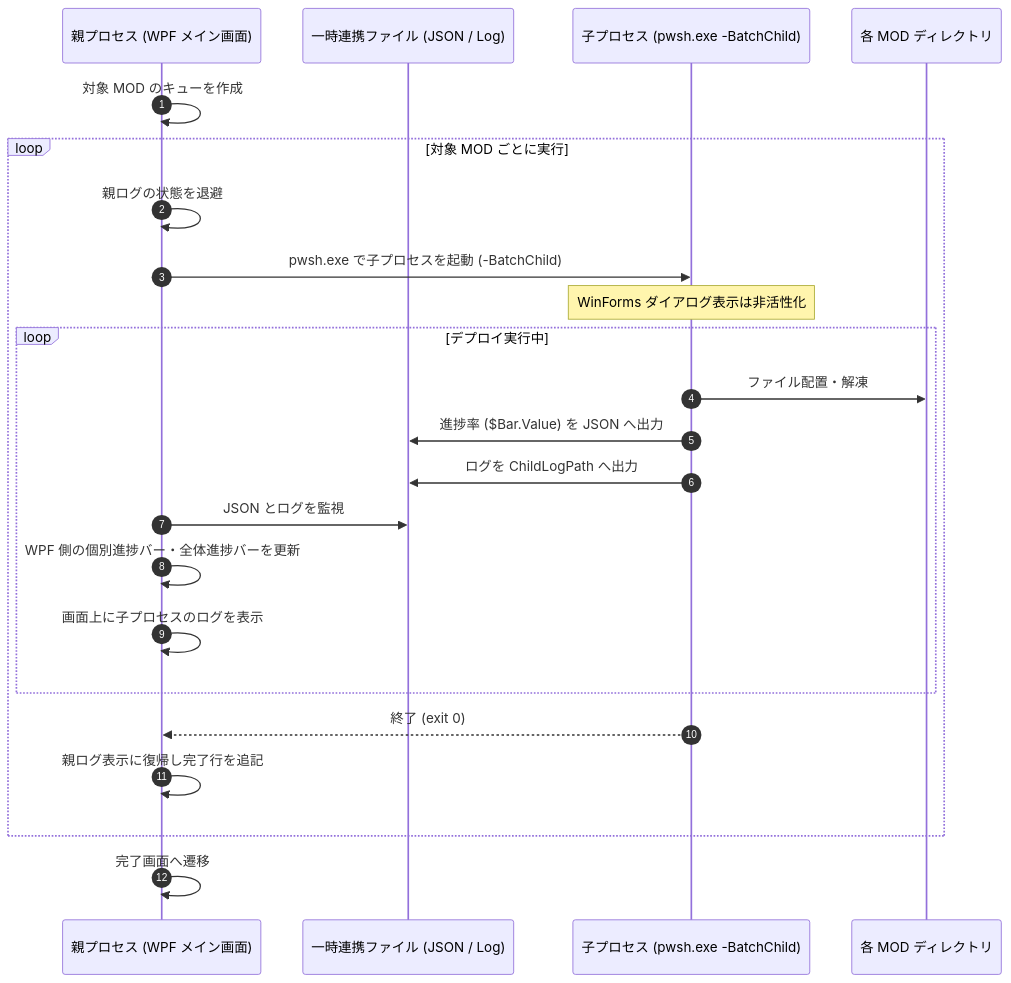
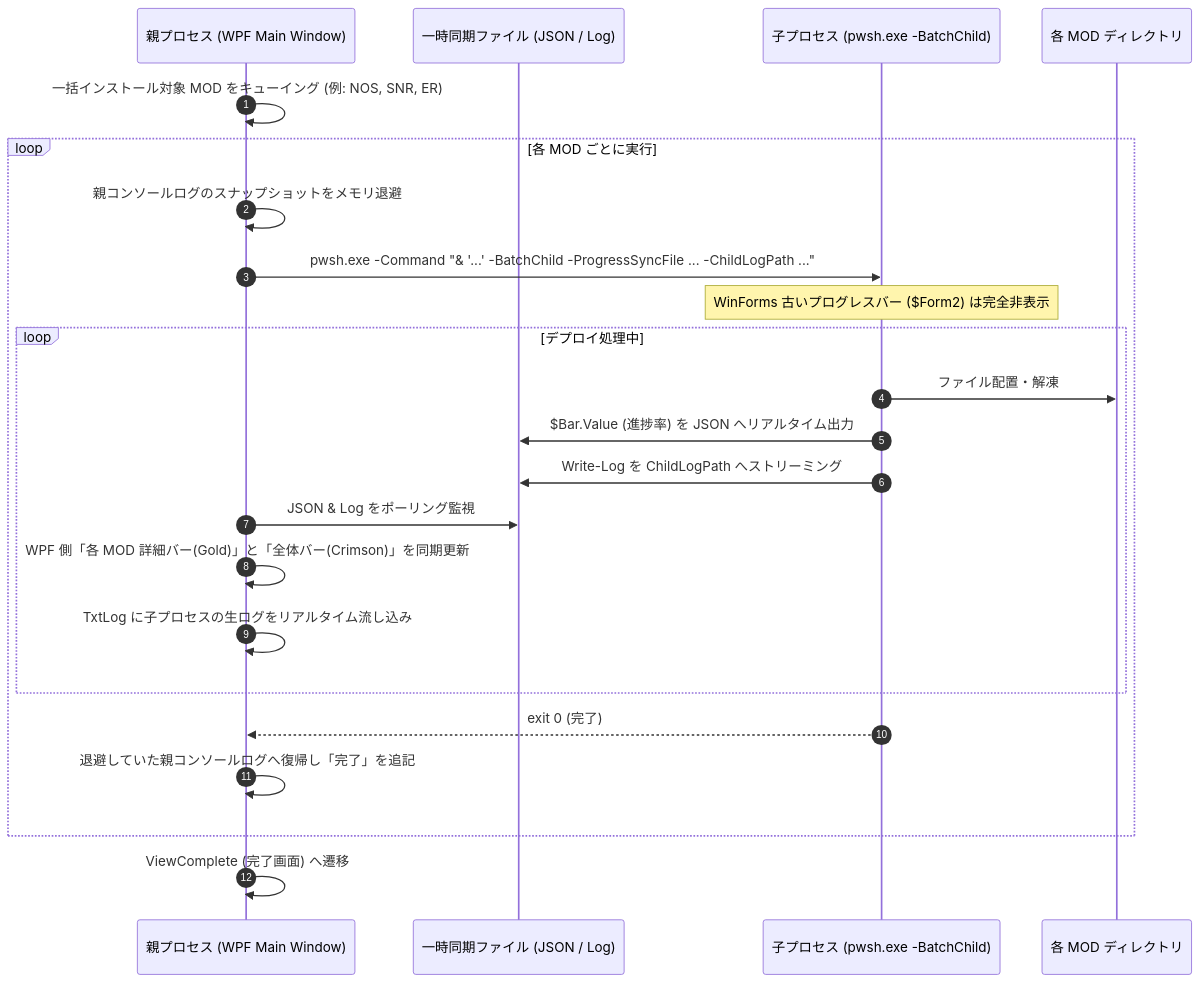
Before and after one commit to Maximilian2022/AmongUs-Mod-Auto-Deploy-Script: the third of 3 diagrams in manual/manual.md, drawn with Mermaid. The commit also changed other lines of this file, not shown here.

````diff
--- a/manual/manual.md
+++ b/manual/manual.md
@@ -532,26 +555,26 @@
 ```mermaid
 sequenceDiagram
     autonumber
-    participant Parent as 親プロセス (WPF メイン画面)
-    participant Sync as 一時連携ファイル (JSON / Log)
+    participant Parent as 親プロセス (WPF Main Window)
+    participant Sync as 一時同期ファイル (JSON / Log)
     participant Child as 子プロセス (pwsh.exe -BatchChild)
     participant Game as 各 MOD ディレクトリ
 
-    Parent->>Parent: 対象 MOD のキューを作成
-    loop 対象 MOD ごとに実行
-        Parent->>Parent: 親ログの状態を退避
-        Parent->>Child: pwsh.exe で子プロセスを起動 (-BatchChild)
-        Note over Child: WinForms ダイアログ表示は非活性化
-        loop デプロイ実行中
+    Parent->>Parent: 一括インストール対象 MOD をキューイング (例: NOS, SNR, ER)
+    loop 各 MOD ごとに実行
+        Parent->>Parent: 親コンソールログのスナップショットをメモリ退避
+        Parent->>Child: pwsh.exe -Command "& '...' -BatchChild -ProgressSyncFile ... -ChildLogPath ..."
+        Note over Child: WinForms 古いプログレスバー ($Form2) は完全非表示
+        loop デプロイ処理中
             Child->>Game: ファイル配置・解凍
-            Child->>Sync: 進捗率 ($Bar.Value) を JSON へ出力
-            Child->>Sync: ログを ChildLogPath へ出力
-            Parent->>Sync: JSON とログを監視
-            Parent->>Parent: WPF 側の個別進捗バー・全体進捗バーを更新
-            Parent->>Parent: 画面上に子プロセスのログを表示
+            Child->>Sync: $Bar.Value (進捗率) を JSON へリアルタイム出力
+            Child->>Sync: Write-Log を ChildLogPath へストリーミング
+            Parent->>Sync: JSON & Log をポーリング監視
+            Parent->>Parent: WPF 側「各 MOD 詳細バー(Gold)」と「全体バー(Crimson)」を同期更新
+            Parent->>Parent: TxtLog に子プロセスの生ログをリアルタイム流し込み
         end
-        Child-->>Parent: 終了 (exit 0)
-        Parent->>Parent: 親ログ表示に復帰し完了行を追記
+        Child-->>Parent: exit 0 (完了)
+        Parent->>Parent: 退避していた親コンソールログへ復帰し「完了」を追記
     end
-    Parent->>Parent: 完了画面へ遷移
+    Parent->>Parent: ViewComplete (完了画面) へ遷移
 ```
````
